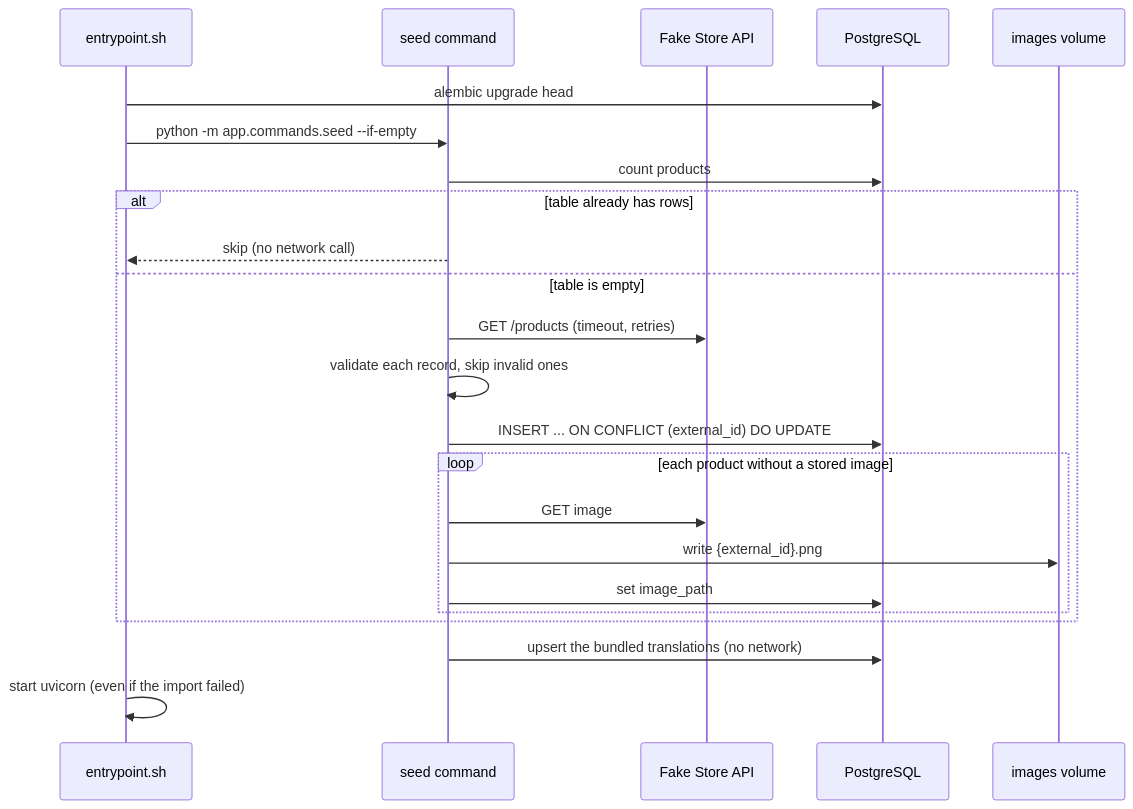
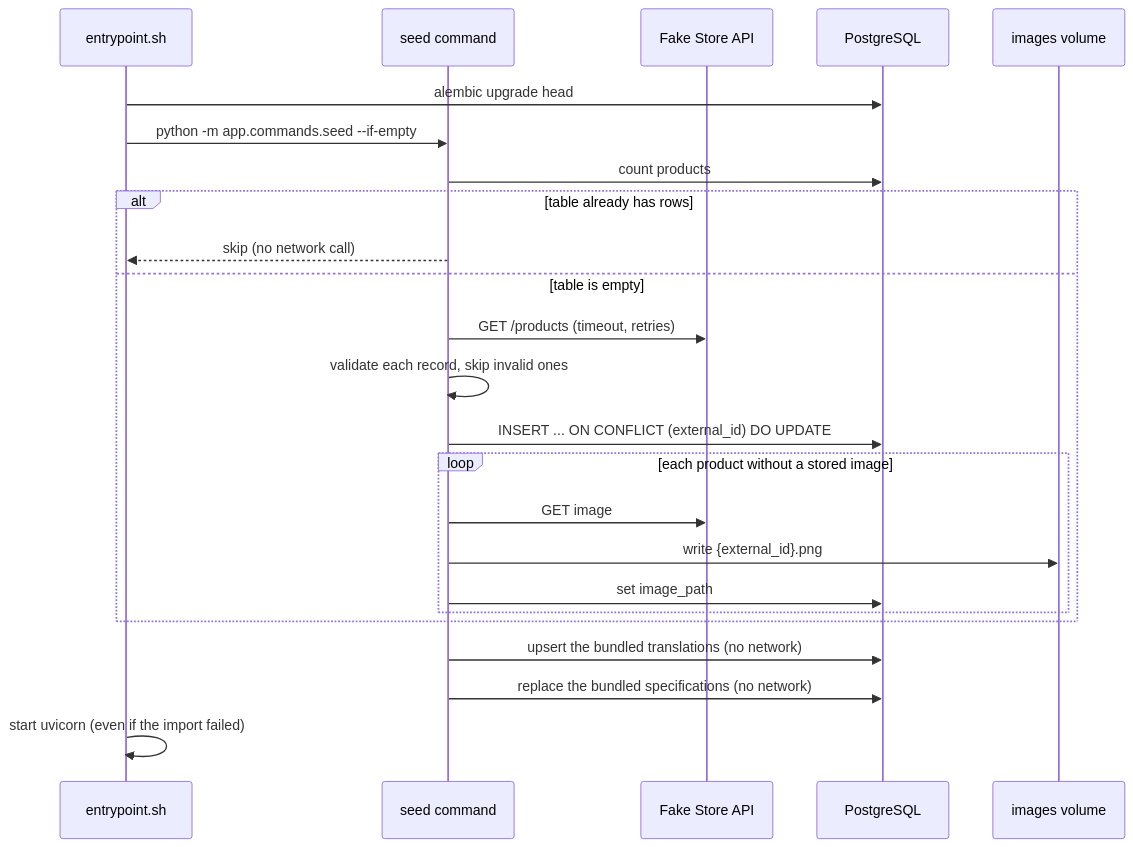
The second of 3 diagrams in docs/architecture.md (mtombolini/product-explorer), drawn with Mermaid before and after one commit. The commit also changed other lines of this file and 4 other files, not shown here.

````diff
--- a/docs/architecture.md
+++ b/docs/architecture.md
@@ -43,26 +43,27 @@
 ```mermaid
 sequenceDiagram
     participant E as entrypoint.sh
     participant S as seed command
     participant F as Fake Store API
     participant D as PostgreSQL
     participant V as images volume
 
     E->>D: alembic upgrade head
     E->>S: python -m app.commands.seed --if-empty
     S->>D: count products
     alt table already has rows
         S-->>E: skip (no network call)
     else table is empty
         S->>F: GET /products (timeout, retries)
         S->>S: validate each record, skip invalid ones
         S->>D: INSERT ... ON CONFLICT (external_id) DO UPDATE
         loop each product without a stored image
             S->>F: GET image
             S->>V: write {external_id}.png
             S->>D: set image_path
         end
     end
     S->>D: upsert the bundled translations (no network)
+    S->>D: replace the bundled specifications (no network)
     E->>E: start uvicorn (even if the import failed)
 ```
````
